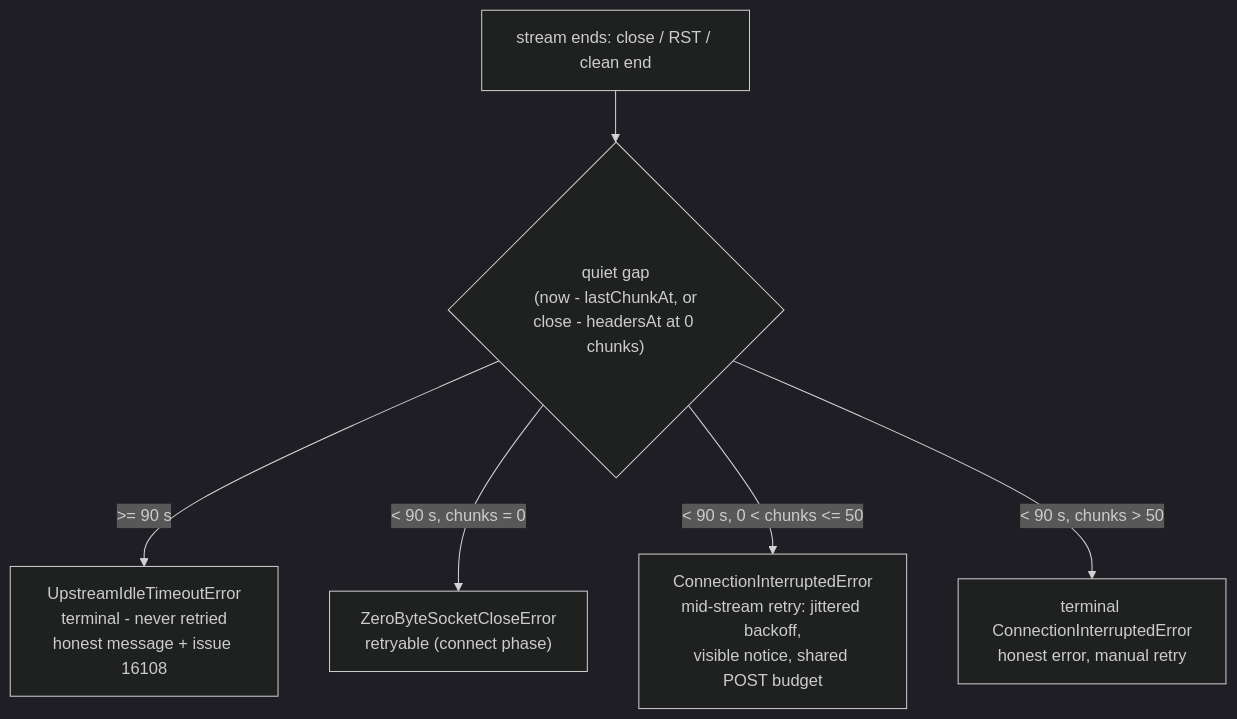
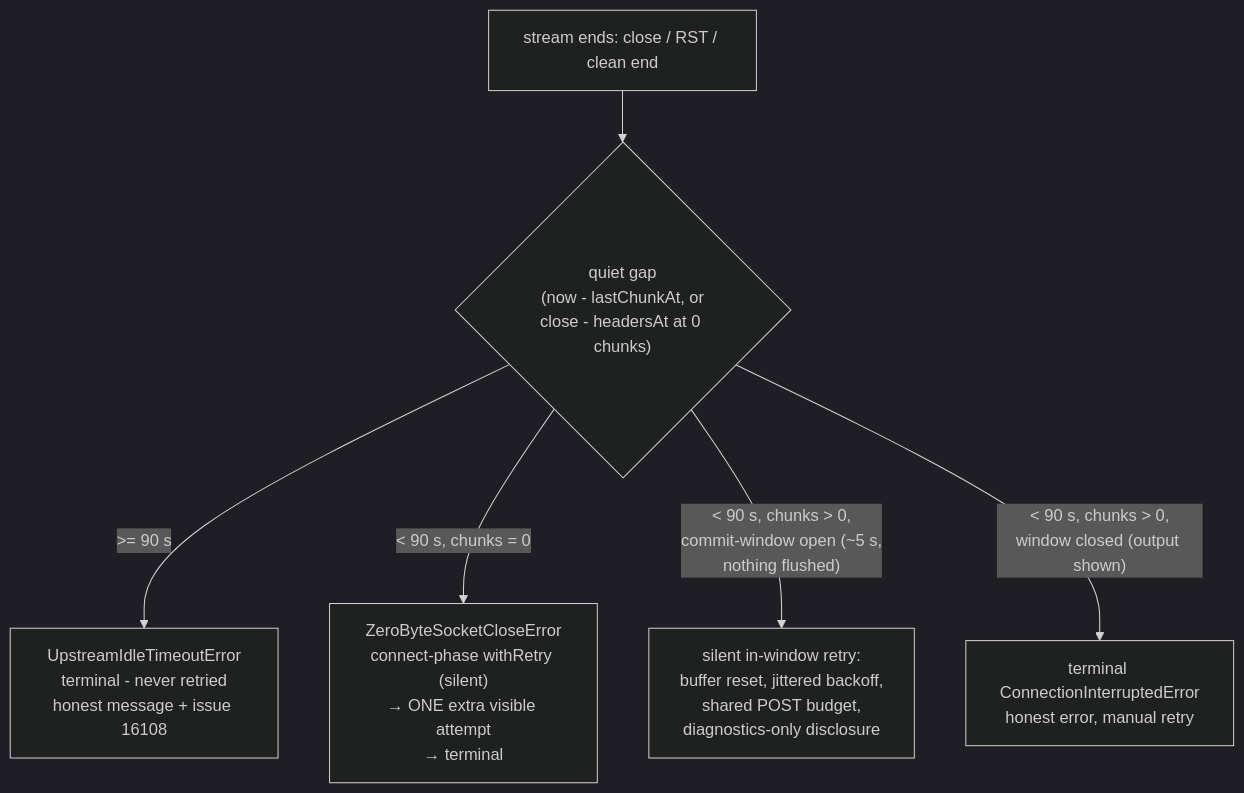
One commit to Korrnals/ollama-cloud-provider changed the first of 2 diagrams in docs/adr/0014-stream-idle-kill-and-capability-probing.md. Above: the diagram before and after it, drawn with Mermaid (dark theme). The commit also changed other lines of this file and 1 other file, not shown here.

First line of the commit message:
docs(adr): 0014 + changelog — commit-window shipped (0.15.x), 50-chunk threshold abolished

````diff
--- a/docs/adr/0014-stream-idle-kill-and-capability-probing.md
+++ b/docs/adr/0014-stream-idle-kill-and-capability-probing.md
@@ -43,8 +43,8 @@
 ```mermaid
 flowchart TD
     E["stream ends: close / RST / clean end"] --> G{"quiet gap<br/>(now - lastChunkAt, or<br/>close - headersAt at 0 chunks)"}
     G -- ">= 90 s" --> IDLE["UpstreamIdleTimeoutError<br/>terminal - never retried<br/>honest message + issue 16108"]
-    G -- "< 90 s, chunks = 0" --> ZERO["ZeroByteSocketCloseError<br/>retryable (connect phase)"]
-    G -- "< 90 s, 0 < chunks <= 50" --> CIE["ConnectionInterruptedError<br/>mid-stream retry: jittered backoff,<br/>visible notice, shared POST budget"]
-    G -- "< 90 s, chunks > 50" --> TERM["terminal ConnectionInterruptedError<br/>honest error, manual retry"]
+    G -- "< 90 s, chunks = 0" --> ZERO["ZeroByteSocketCloseError<br/>connect-phase withRetry (silent)<br/>→ ONE extra visible attempt<br/>→ terminal"]
+    G -- "< 90 s, chunks > 0,<br/>commit-window open (~5 s,<br/>nothing flushed)" --> HIDDEN["silent in-window retry:<br/>buffer reset, jittered backoff,<br/>shared POST budget,<br/>diagnostics-only disclosure"]
+    G -- "< 90 s, chunks > 0,<br/>window closed (output shown)" --> TERM["terminal ConnectionInterruptedError<br/>honest error, manual retry"]
 ```
````
